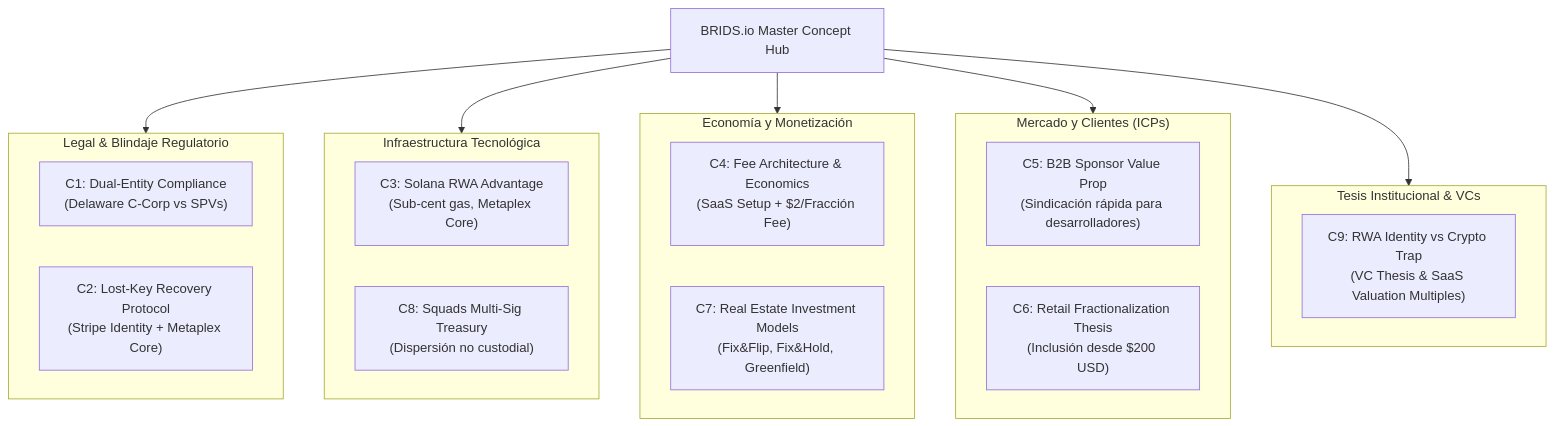
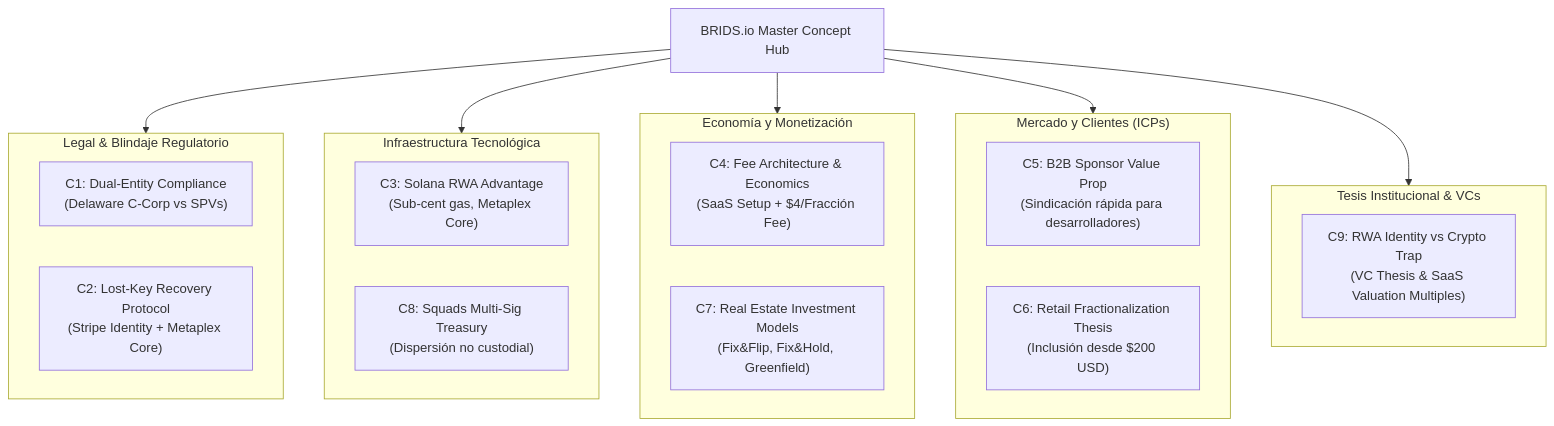
One commit to jeisonsosablockdev/BRIDS-KNOWLEDGE-FORT changed the diagram in BRIDS-Brain/01 Negocio/01 Estrategia & Modelo/master-business-concepts.md. Above: the diagram before and after it, drawn with Mermaid. The commit also changed other lines of this file and 12 other files, not shown here.

````diff
--- a/BRIDS-Brain/01 Negocio/01 Estrategia & Modelo/master-business-concepts.md
+++ b/BRIDS-Brain/01 Negocio/01 Estrategia & Modelo/master-business-concepts.md
@@ -28,34 +28,34 @@
 ```mermaid
 graph TD
     Master["BRIDS.io Master Concept Hub"]
     
     subgraph Legal_Compliance["Legal & Blindaje Regulatorio"]
         C1["C1: Dual-Entity Compliance<br/>(Delaware C-Corp vs SPVs)"]
         C2["C2: Lost-Key Recovery Protocol<br/>(Stripe Identity + Metaplex Core)"]
     end
 
     subgraph Tech_Infra["Infraestructura Tecnológica"]
         C3["C3: Solana RWA Advantage<br/>(Sub-cent gas, Metaplex Core)"]
         C8["C8: Squads Multi-Sig Treasury<br/>(Dispersión no custodial)"]
     end
 
     subgraph Business_Economics["Economía y Monetización"]
-        C4["C4: Fee Architecture & Economics<br/>(SaaS Setup + $2/Fracción Fee)"]
+        C4["C4: Fee Architecture & Economics<br/>(SaaS Setup + $4/Fracción Fee)"]
         C7["C7: Real Estate Investment Models<br/>(Fix&Flip, Fix&Hold, Greenfield)"]
     end
 
     subgraph Market_GTM["Mercado y Clientes (ICPs)"]
         C5["C5: B2B Sponsor Value Prop<br/>(Sindicación rápida para desarrolladores)"]
         C6["C6: Retail Fractionalization Thesis<br/>(Inclusión desde $200 USD)"]
     end
 
     subgraph VC_Thesis["Tesis Institucional & VCs"]
         C9["C9: RWA Identity vs Crypto Trap<br/>(VC Thesis & SaaS Valuation Multiples)"]
     end
 
     Master --> Legal_Compliance
     Master --> Tech_Infra
     Master --> Business_Economics
     Master --> Market_GTM
     Master --> VC_Thesis
 ```
````
